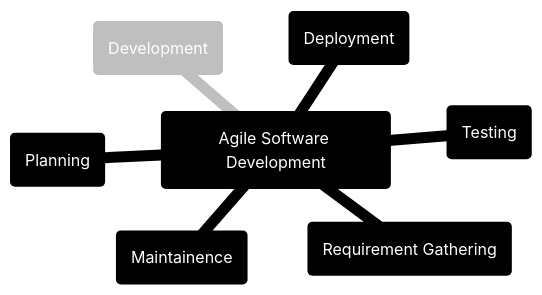
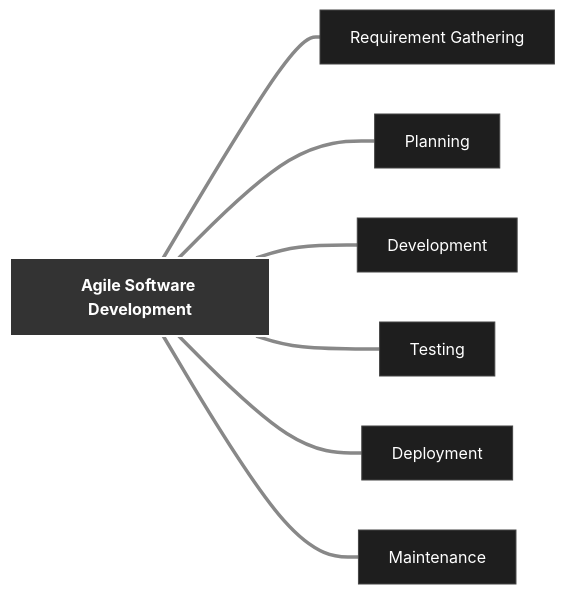
The first of 2 diagrams in Aglie Software Development/Agile Software Development.md (manas15khanna/6th-Semester), drawn with Mermaid before and after one commit. The commit also changed other lines of this file, not shown here.

Commit message:
Diagram color

````diff
--- a/Aglie Software Development/Agile Software Development.md
+++ b/Aglie Software Development/Agile Software Development.md
@@ -63,31 +63,35 @@
 ```mermaid
 %%{
-  init: {
-    'theme': 'base',
-    'themeVariables': {
-      'primaryColor': '#1a1a1a',
-      'primaryTextColor': '#ffffff',
-      'primaryBorderColor': '#444444',
-      'lineColor': '#888888',
-      'secondaryColor': '#2d2d2d',
-      'tertiaryColor': '#ffffff',
-      'mainBkg': '#1a1a1a',
-      'nodeBorder': '#444444',
-      'clusterBkg': 'transparent',
-      'clusterBorder': '#666666',
-      'defaultLinkColor': '#888888',
-      'titleColor': '#ffffff',
-      'edgeLabelBackground':'#2d2d2d',
-      'fontFamily': 'ui-monospace, SFMono-Regular, Menlo, Monaco, Consolas, monospace'
-    }
-  }
+init: {
+'theme': 'base',
+'themeVariables': {
+'primaryColor': '#1e1e1e',
+'primaryTextColor': '#ffffff',
+'primaryBorderColor': '#444444',
+'lineColor': '#888888',
+'nodeBorder': '#444444',
+'mainBkg': '#1e1e1e',
+'defaultLinkColor': '#888888',
+'fontFamily': 'ui-monospace, monospace'
+}
+}
 }%%
-mindmap
-root(Agile Software Development)
-	(Requirement Gathering)
-	(Development)
-	(Deployment)
-	(Maintainence)
-	(Testing)
-	(Planning)
+graph LR
+%% Nodes
+Root[<b>Agile Software Development</b>]
+Req[Requirement Gathering]
+Plan[Planning]
+Dev[Development]
+Test[Testing]
+Dep[Deployment]
+Maint[Maintenance]
+%% Connections
+Root === Req
+Root === Plan
+Root === Dev
+Root === Test
+Root === Dep
+Root === Maint
+%% Individual Styling for the Root
+style Root fill:#333,stroke:#fff,stroke-width:2px
 ```
````
